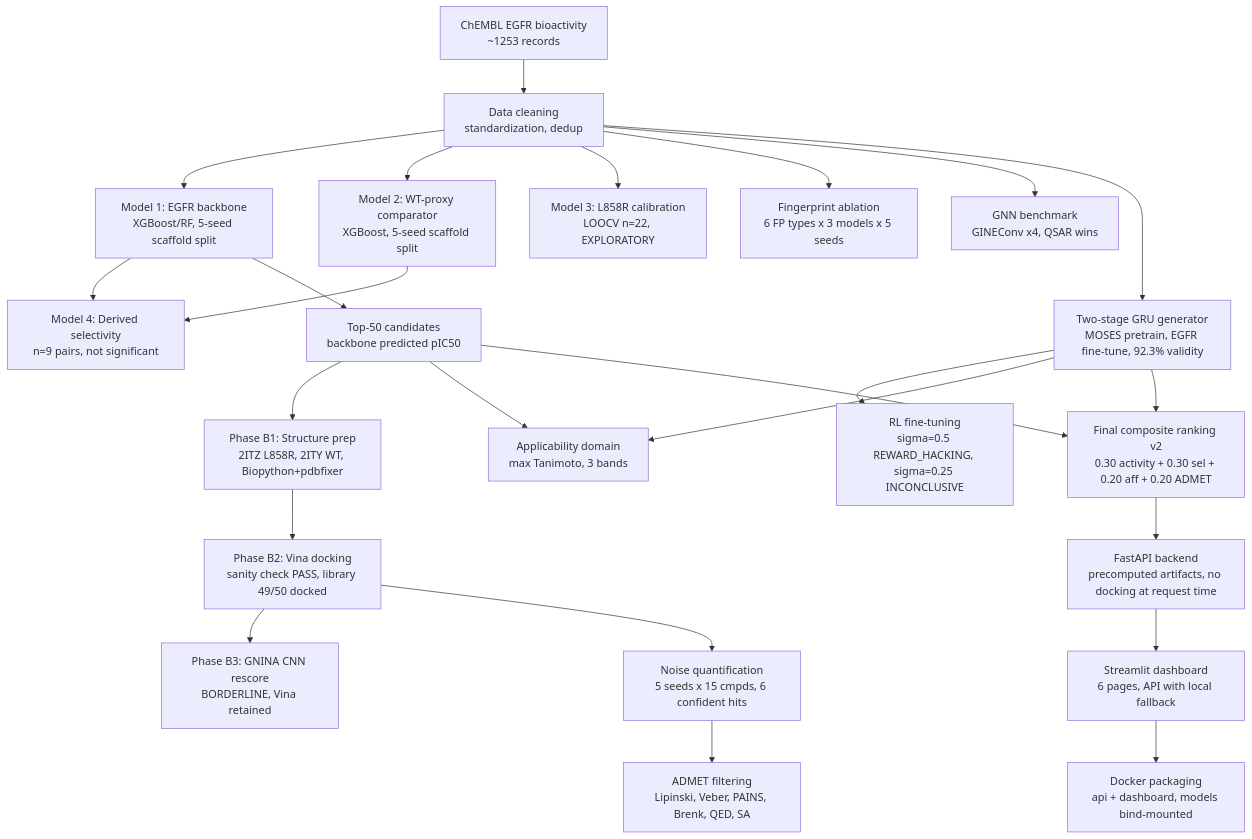
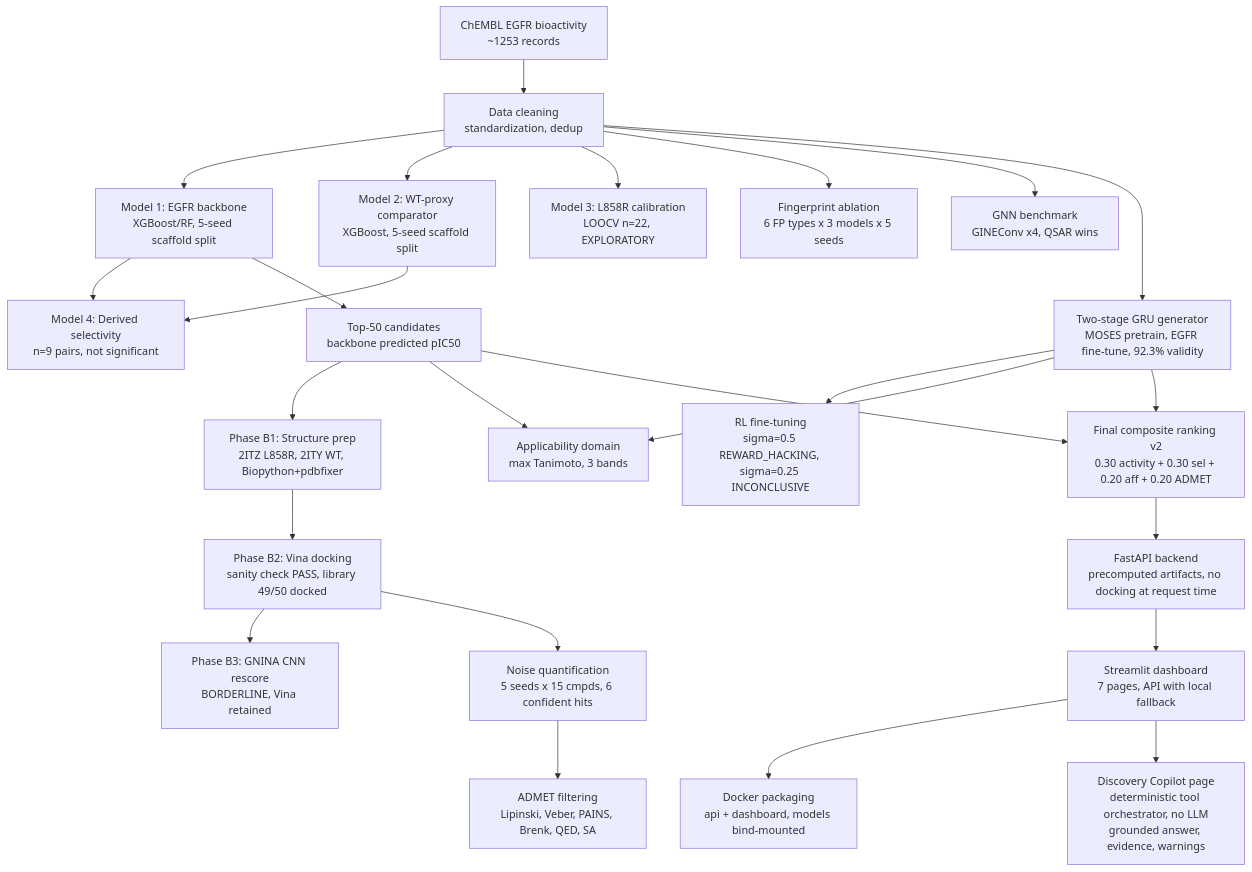
Before and after one commit to hani-rahmoune/egfr-l858r-discovery: the diagram in README.md, drawn with Mermaid. The commit also changed other lines of this file and 1 other file, not shown here.

First line of the commit message:
docs: document Discovery Copilot in README and PROJECT_WALKTHROUGH

````diff
--- a/README.md
+++ b/README.md
@@ -15,23 +15,24 @@
 ```mermaid
 flowchart TD
     A[ChEMBL EGFR bioactivity\n~1253 records] --> B[Data cleaning\nstandardization, dedup]
     B --> C1[Model 1: EGFR backbone\nXGBoost/RF, 5-seed scaffold split]
     B --> C2[Model 2: WT-proxy comparator\nXGBoost, 5-seed scaffold split]
     B --> C3[Model 3: L858R calibration\nLOOCV n=22, EXPLORATORY]
     C1 & C2 --> D[Model 4: Derived selectivity\nn=9 pairs, not significant]
     B --> E[Fingerprint ablation\n6 FP types x 3 models x 5 seeds]
     B --> F[GNN benchmark\nGINEConv x4, QSAR wins]
     C1 --> G[Top-50 candidates\nbackbone predicted pIC50]
     G --> H1[Phase B1: Structure prep\n2ITZ L858R, 2ITY WT, Biopython+pdbfixer]
     H1 --> H2[Phase B2: Vina docking\nsanity check PASS, library 49/50 docked]
     H2 --> H3[Phase B3: GNINA CNN rescore\nBORDERLINE, Vina retained]
     H2 --> I[Noise quantification\n5 seeds x 15 cmpds, 6 confident hits]
     I --> J[ADMET filtering\nLipinski, Veber, PAINS, Brenk, QED, SA]
     B --> K[Two-stage GRU generator\nMOSES pretrain, EGFR fine-tune, 92.3% validity]
     K --> L[RL fine-tuning\nsigma=0.5 REWARD_HACKING, sigma=0.25 INCONCLUSIVE]
     K & G --> M[Applicability domain\nmax Tanimoto, 3 bands]
     G & K --> N[Final composite ranking v2\n0.30 activity + 0.30 sel + 0.20 aff + 0.20 ADMET]
     N --> O[FastAPI backend\nprecomputed artifacts, no docking at request time]
-    O --> P[Streamlit dashboard\n6 pages, API with local fallback]
+    O --> P[Streamlit dashboard\n7 pages, API with local fallback]
     P --> Q[Docker packaging\napi + dashboard, models bind-mounted]
+    P --> R[Discovery Copilot page\ndeterministic tool orchestrator, no LLM\ngrounded answer, evidence, warnings]
 ```
````
